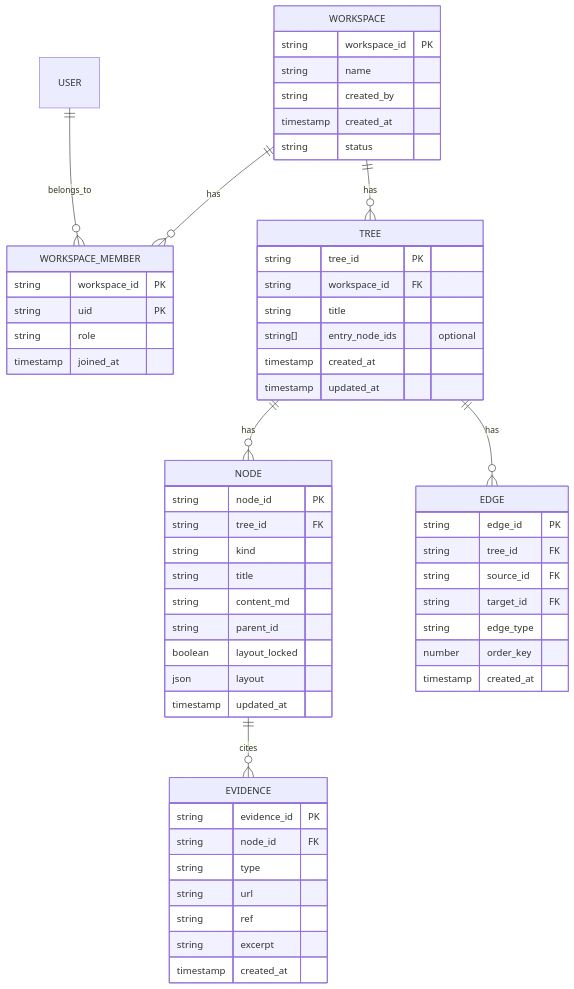
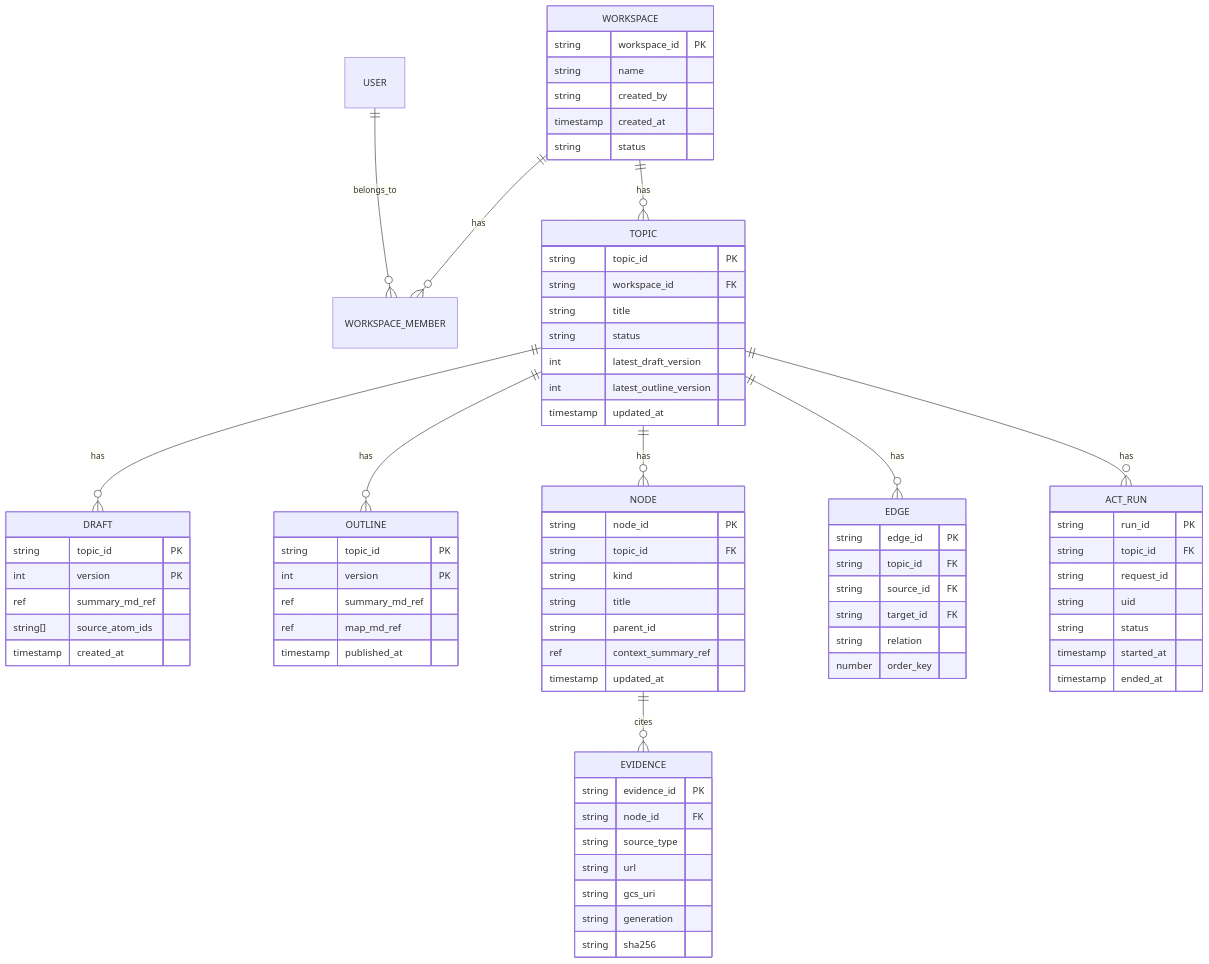
Before and after one commit to Keyhole-Koro/clarify-spec: the first of 2 diagrams in firestore/schema.md, drawn with Mermaid. The commit also changed other lines of this file and 24 other files, not shown here.

````diff
--- a/firestore/schema.md
+++ b/firestore/schema.md
@@ -14,10 +14,13 @@
 erDiagram
   USER ||--o{ WORKSPACE_MEMBER : belongs_to
   WORKSPACE ||--o{ WORKSPACE_MEMBER : has
-  WORKSPACE ||--o{ TREE : has
-  TREE ||--o{ NODE : has
-  TREE ||--o{ EDGE : has
+  WORKSPACE ||--o{ TOPIC : has
+  TOPIC ||--o{ DRAFT : has
+  TOPIC ||--o{ OUTLINE : has
+  TOPIC ||--o{ NODE : has
+  TOPIC ||--o{ EDGE : has
   NODE ||--o{ EVIDENCE : cites
+  TOPIC ||--o{ ACT_RUN : has
 
   WORKSPACE {
     string workspace_id PK
@@ -27,51 +30,68 @@
     string status
   }
 
-  WORKSPACE_MEMBER {
-    string workspace_id PK
-    string uid PK
-    string role
-    timestamp joined_at
+  TOPIC {
+    string topic_id PK
+    string workspace_id FK
+    string title
+    string status
+    int latest_draft_version
+    int latest_outline_version
+    timestamp updated_at
   }
 
-  TREE {
-    string tree_id PK
-    string workspace_id FK
-    string title
-    string[] entry_node_ids "optional"
+  DRAFT {
+    string topic_id PK
+    int version PK
+    ref summary_md_ref
+    string[] source_atom_ids
     timestamp created_at
-    timestamp updated_at
+  }
+
+  OUTLINE {
+    string topic_id PK
+    int version PK
+    ref summary_md_ref
+    ref map_md_ref
+    timestamp published_at
   }
 
   NODE {
     string node_id PK
-    string tree_id FK
+    string topic_id FK
     string kind
     string title
-    string content_md
     string parent_id
-    boolean layout_locked
-    json layout
+    ref context_summary_ref
     timestamp updated_at
   }
 
   EDGE {
     string edge_id PK
-    string tree_id FK
+    string topic_id FK
     string source_id FK
     string target_id FK
-    string edge_type
+    string relation
     number order_key
-    timestamp created_at
   }
 
   EVIDENCE {
     string evidence_id PK
     string node_id FK
-    string type
+    string source_type
     string url
-    string ref
-    string excerpt
-    timestamp created_at
+    string gcs_uri
+    string generation
+    string sha256
+  }
+
+  ACT_RUN {
+    string run_id PK
+    string topic_id FK
+    string request_id
+    string uid
+    string status
+    timestamp started_at
+    timestamp ended_at
   }
 ```
````
